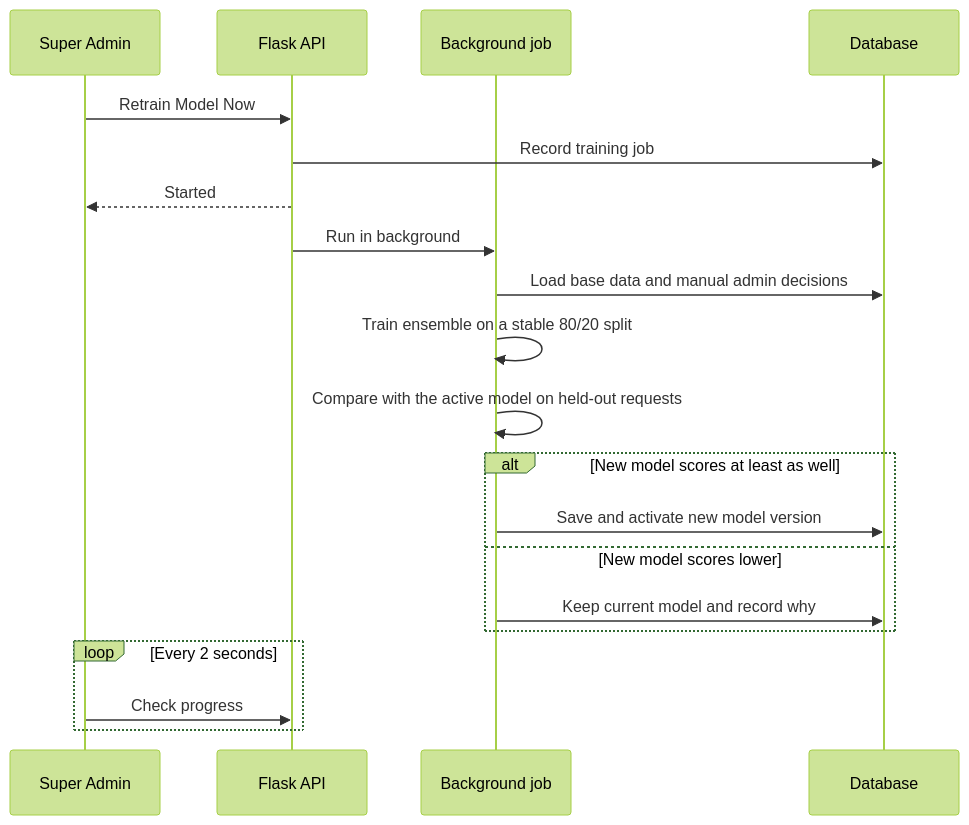
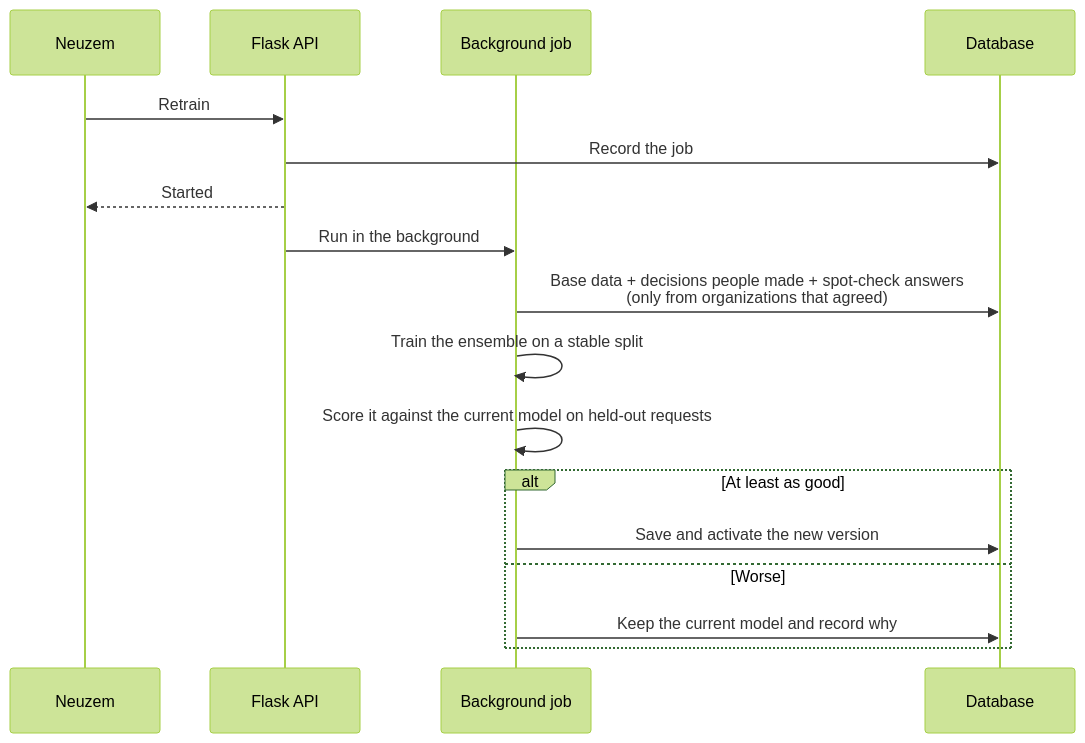
The third of 3 diagrams in README.md (Mithilesh017/advanced-approval-system), drawn with Mermaid (forest theme) before and after one commit. The commit also changed other lines of this file and 1 other file, not shown here.

First line of the commit message:
Describe the system as it now stands, and state who owns it

````diff
--- a/README.md
+++ b/README.md
@@ -109,23 +166,20 @@
 ```mermaid
 sequenceDiagram
-    participant SA as Super Admin
+    participant N as Neuzem
     participant API as Flask API
     participant Job as Background job
     participant DB as Database
 
-    SA->>API: Retrain Model Now
-    API->>DB: Record training job
-    API-->>SA: Started
-    API->>Job: Run in background
-    Job->>DB: Load base data and manual admin decisions
-    Job->>Job: Train ensemble on a stable 80/20 split
-    Job->>Job: Compare with the active model on held-out requests
-    alt New model scores at least as well
-        Job->>DB: Save and activate new model version
-    else New model scores lower
-        Job->>DB: Keep current model and record why
-    end
-    loop Every 2 seconds
-        SA->>API: Check progress
+    N->>API: Retrain
+    API->>DB: Record the job
+    API-->>N: Started
+    API->>Job: Run in the background
+    Job->>DB: Base data + decisions people made + spot-check answers<br/>(only from organizations that agreed)
+    Job->>Job: Train the ensemble on a stable split
+    Job->>Job: Score it against the current model on held-out requests
+    alt At least as good
+        Job->>DB: Save and activate the new version
+    else Worse
+        Job->>DB: Keep the current model and record why
     end
 ```
````
